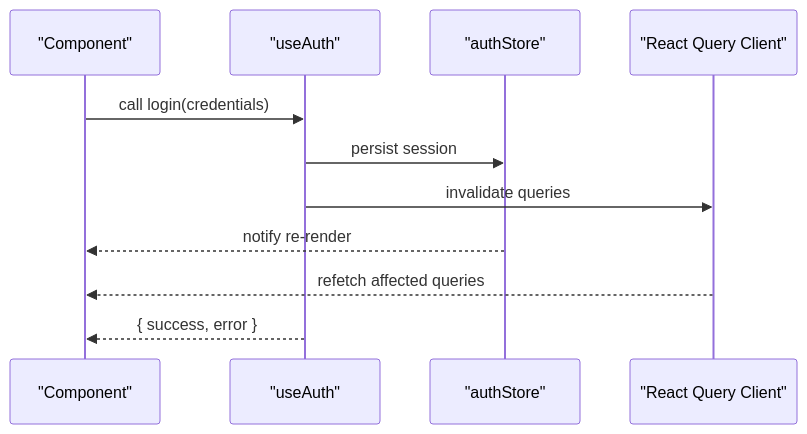
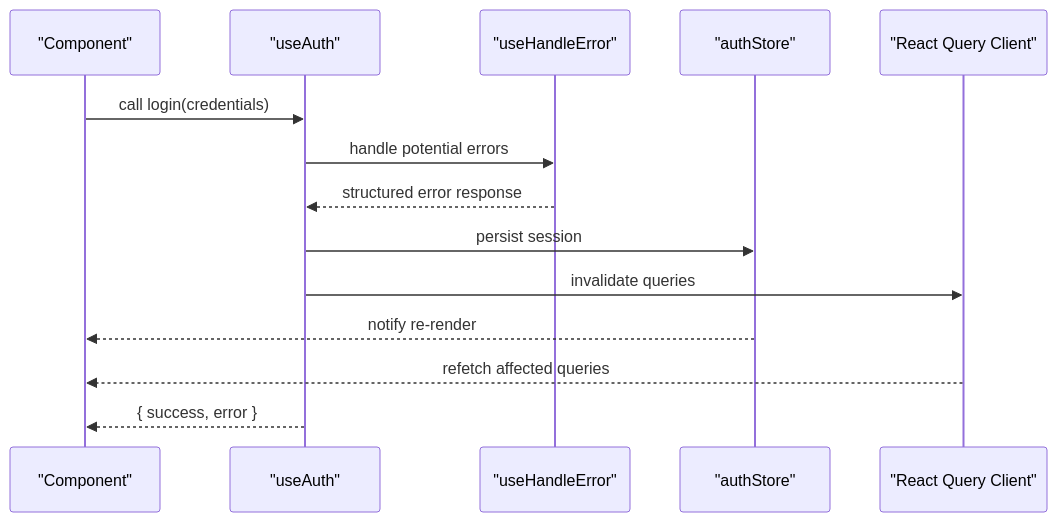
The second of 6 diagrams in .qoder/repowiki/en/content/System Architecture/Frontend Architecture/State Management/Custom Hooks Patterns.md (franckylab/eLISAschool), drawn with Mermaid before and after one commit. The commit also changed other lines of this file and 455 other files, not shown here.

````diff
--- a/.qoder/repowiki/en/content/System Architecture/Frontend Architecture/State Management/Custom Hooks Patterns.md
+++ b/.qoder/repowiki/en/content/System Architecture/Frontend Architecture/State Management/Custom Hooks Patterns.md
@@ -127,13 +137,16 @@
 ```mermaid
 sequenceDiagram
 participant Comp as "Component"
 participant AuthHook as "useAuth"
+participant ErrorHook as "useHandleError"
 participant Store as "authStore"
 participant QC as "React Query Client"
 Comp->>AuthHook : call login(credentials)
+AuthHook->>ErrorHook : handle potential errors
+ErrorHook-->>AuthHook : structured error response
 AuthHook->>Store : persist session
 AuthHook->>QC : invalidate queries
 Store-->>Comp : notify re-render
 QC-->>Comp : refetch affected queries
 AuthHook-->>Comp : { success, error }
 ```
````
